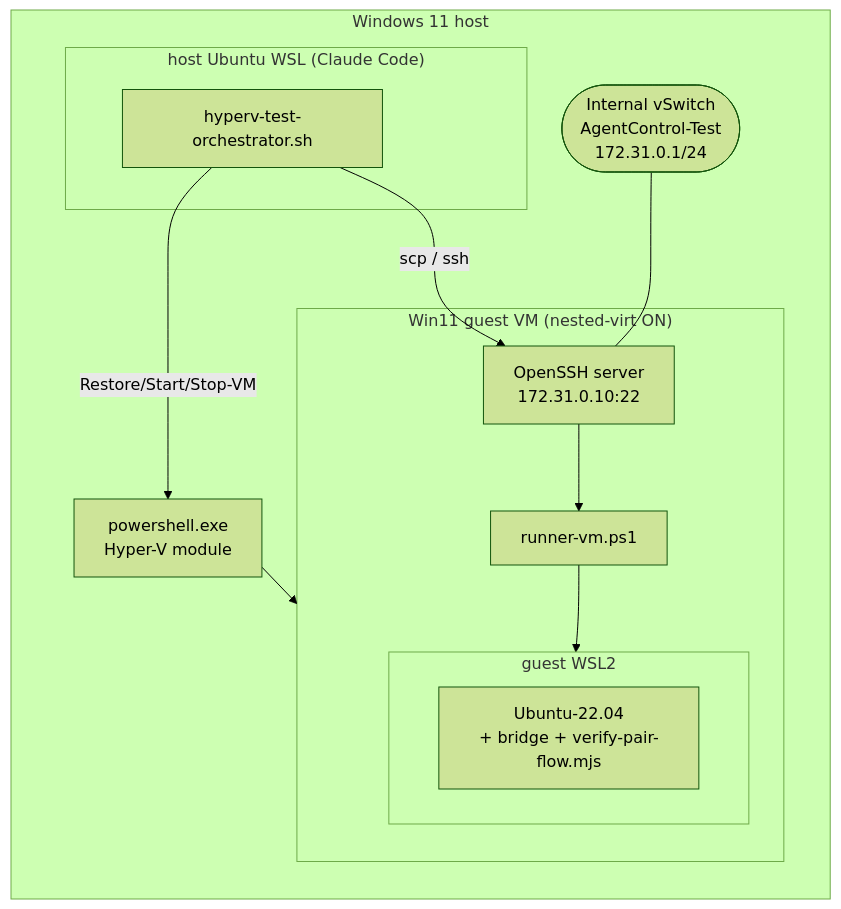
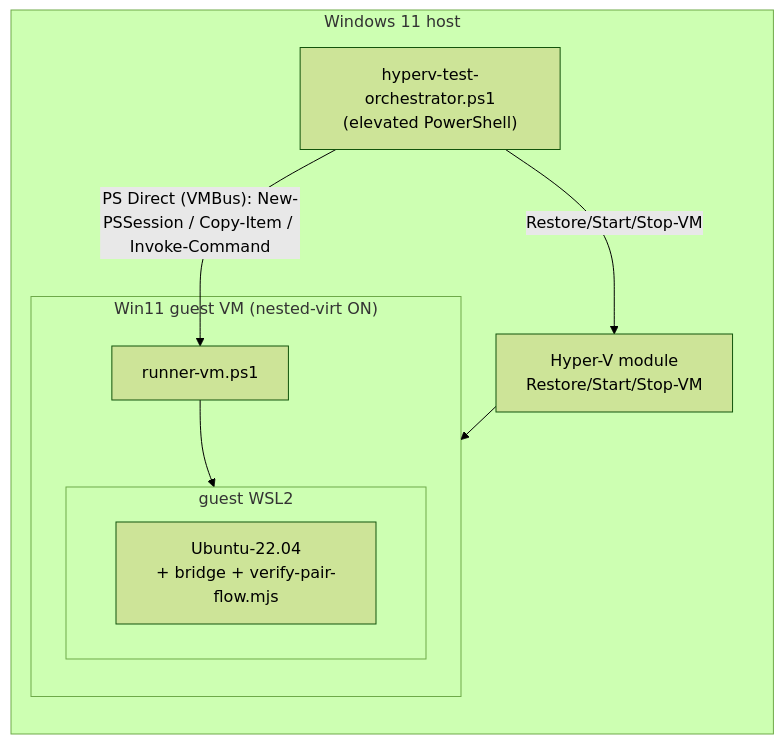
One commit to MatthiasF999/agentcontrol-tray changed the diagram in scripts/hyperv-test/BLUEPRINT.md. Above: the diagram before and after it, drawn with Mermaid (forest theme). The commit also changed other lines of this file and 3 other files, not shown here.

````diff
--- a/scripts/hyperv-test/BLUEPRINT.md
+++ b/scripts/hyperv-test/BLUEPRINT.md
@@ -39,22 +39,16 @@
 ```mermaid
 flowchart LR
   subgraph HOST["Windows 11 host"]
-    subgraph HWSL["host Ubuntu WSL (Claude Code)"]
-      ORCH["hyperv-test-orchestrator.sh"]
-    end
-    PS["powershell.exe\nHyper-V module"]
-    SW(["Internal vSwitch\nAgentControl-Test\n172.31.0.1/24"])
+    ORCH["hyperv-test-orchestrator.ps1\n(elevated PowerShell)"]
+    PS["Hyper-V module\nRestore/Start/Stop-VM"]
     subgraph VM["Win11 guest VM (nested-virt ON)"]
-      SSHD["OpenSSH server\n172.31.0.10:22"]
       RUN["runner-vm.ps1"]
       subgraph GWSL["guest WSL2"]
         UB["Ubuntu-22.04\n+ bridge + verify-pair-flow.mjs"]
       end
       RUN --> GWSL
     end
   end
   ORCH -->|Restore/Start/Stop-VM| PS --> VM
-  ORCH -->|scp / ssh| SSHD
-  SSHD --> RUN
-  SW --- SSHD
+  ORCH -->|"PS Direct (VMBus): New-PSSession / Copy-Item / Invoke-Command"| RUN
 ```
````
